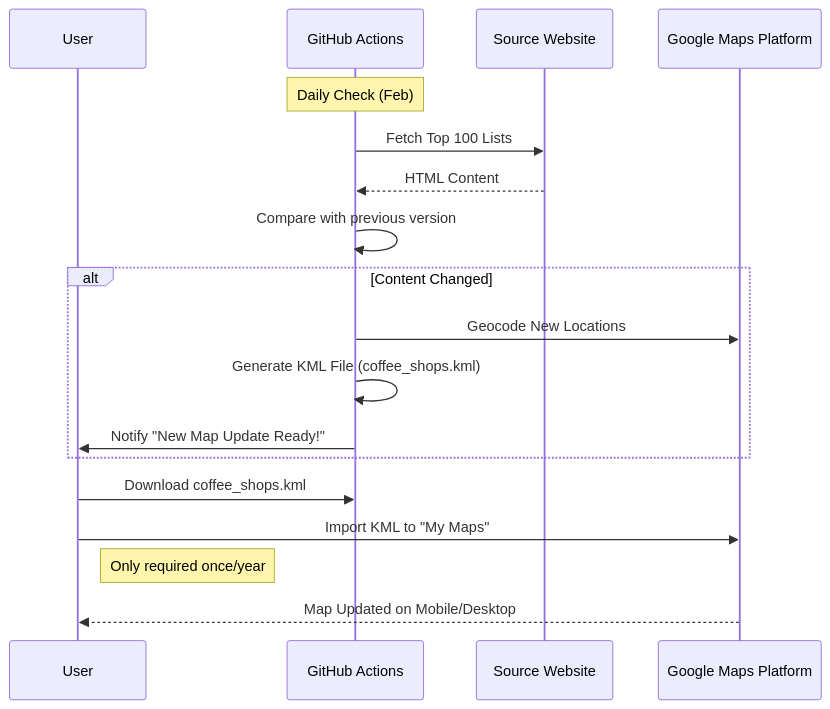
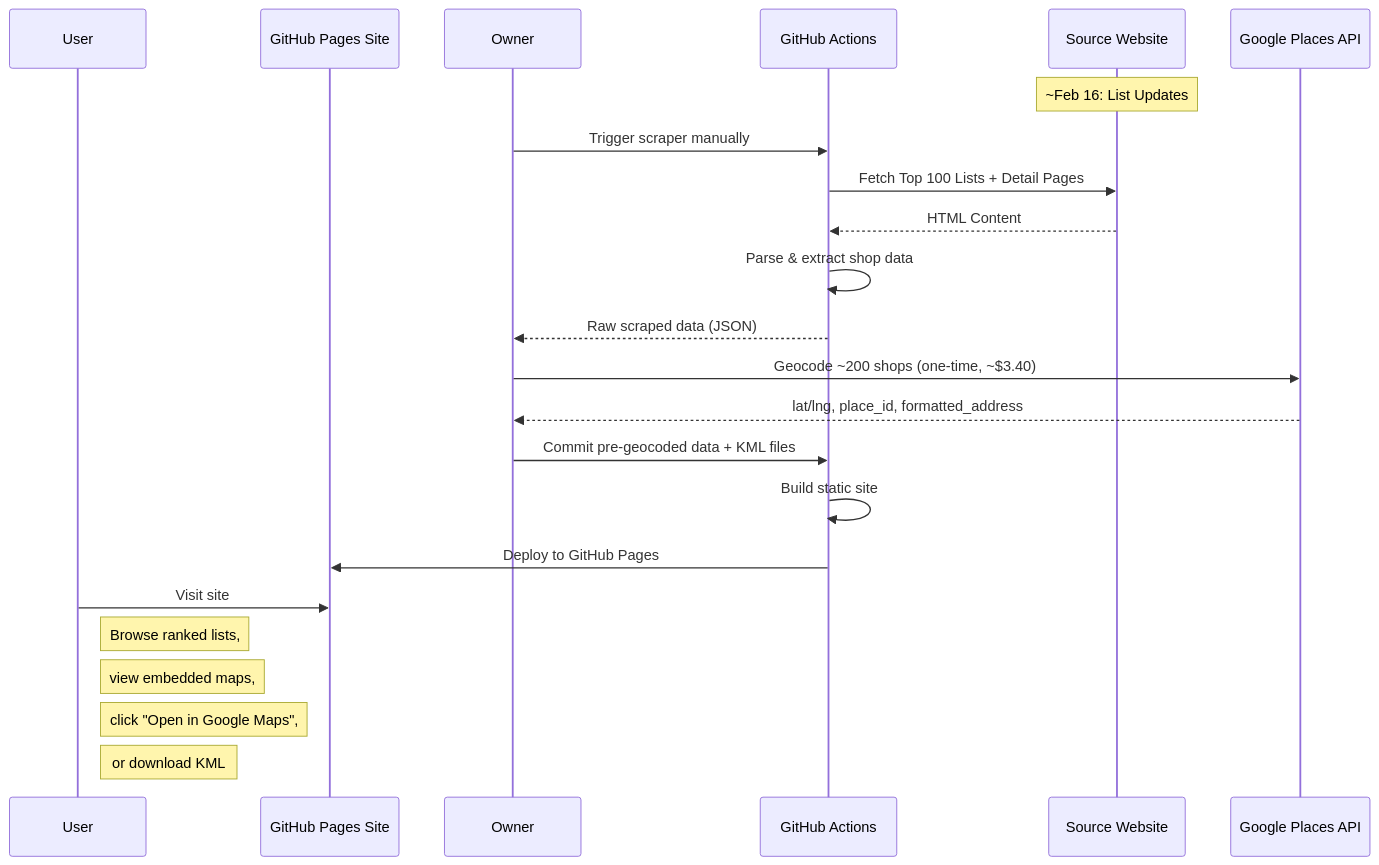
Before and after one commit to YFC-ophey/Top100BestCoffeeShops: the diagram in PRD.md, drawn with Mermaid. The commit also changed other lines of this file and 6 other files, not shown here.

````diff
--- a/PRD.md
+++ b/PRD.md
@@ -82,23 +99,29 @@
 ```mermaid
 sequenceDiagram
     participant User
+    participant Site as GitHub Pages Site
+    participant Owner
     participant GitHub as GitHub Actions
     participant Source as Source Website
-    participant Google as Google Maps Platform
+    participant Google as Google Places API
 
-    Note over GitHub: Daily Check (Feb)
-    GitHub->>Source: Fetch Top 100 Lists
+    Note over Source: ~Feb 16: List Updates
+    Owner->>GitHub: Trigger scraper manually
+    GitHub->>Source: Fetch Top 100 Lists + Detail Pages
     Source-->>GitHub: HTML Content
-    GitHub->>GitHub: Compare with previous version
-    
-    alt Content Changed
-        GitHub->>Google: Geocode New Locations
-        GitHub->>GitHub: Generate KML File (coffee_shops.kml)
-        GitHub->>User: Notify "New Map Update Ready!"
-    end
+    GitHub->>GitHub: Parse & extract shop data
+    GitHub-->>Owner: Raw scraped data (JSON)
 
-    User->>GitHub: Download coffee_shops.kml
-    User->>Google: Import KML to "My Maps"
-    Note right of User: Only required once/year
-    Google-->>User: Map Updated on Mobile/Desktop
+    Owner->>Google: Geocode ~200 shops (one-time, ~$3.40)
+    Google-->>Owner: lat/lng, place_id, formatted_address
+    Owner->>GitHub: Commit pre-geocoded data + KML files
+
+    GitHub->>GitHub: Build static site
+    GitHub->>Site: Deploy to GitHub Pages
+
+    User->>Site: Visit site
+    Note right of User: Browse ranked lists,
+    Note right of User: view embedded maps,
+    Note right of User: click "Open in Google Maps",
+    Note right of User: or download KML
 ```
````
